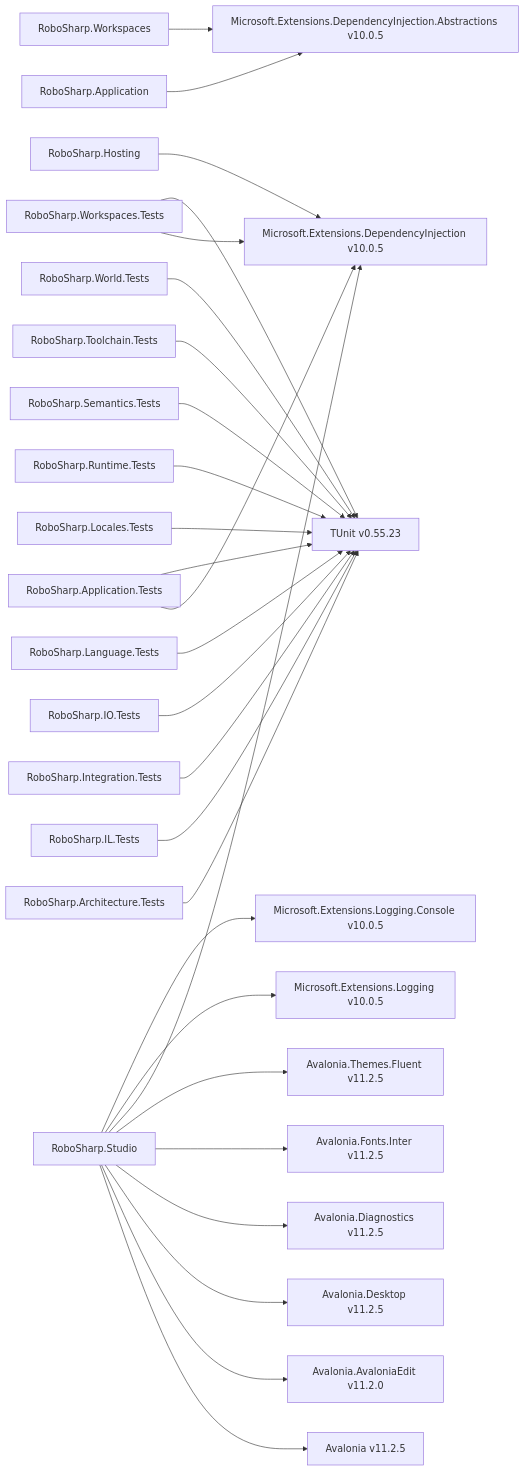
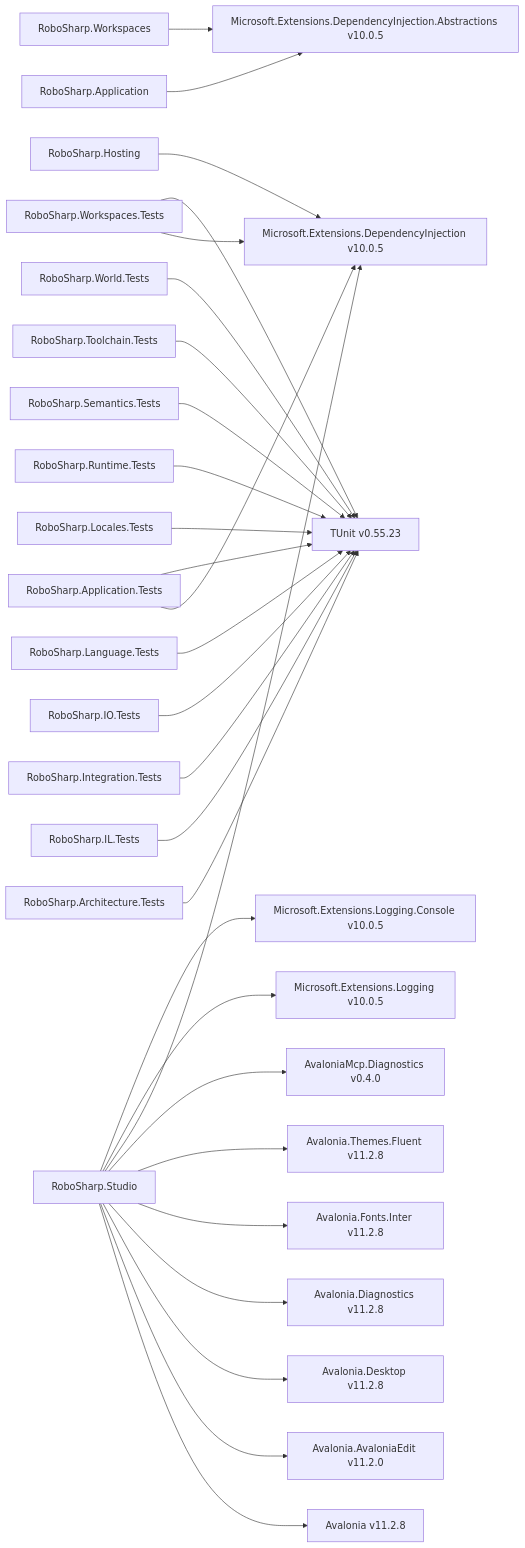
One commit to frankhaugen/RoboSharp changed the diagram in docs/diagrams/nuget-references.md. Above: the diagram before and after it, drawn with Mermaid. The commit also changed 4 other files, not shown here.

First line of the commit message:
Update Avalonia packages and add AvaloniaMcp.Diagnostics support

````diff
--- a/docs/diagrams/nuget-references.md
+++ b/docs/diagrams/nuget-references.md
@@ -7,29 +7,30 @@
 ```mermaid
 flowchart LR
   RoboSharp_Application["RoboSharp.Application"] --> pkg_Microsoft_Extensions_DependencyInjection_Abstractions["Microsoft.Extensions.DependencyInjection.Abstractions v10.0.5"]
   RoboSharp_Application_Tests["RoboSharp.Application.Tests"] --> pkg_Microsoft_Extensions_DependencyInjection["Microsoft.Extensions.DependencyInjection v10.0.5"]
   RoboSharp_Application_Tests["RoboSharp.Application.Tests"] --> pkg_TUnit["TUnit v0.55.23"]
   RoboSharp_Architecture_Tests["RoboSharp.Architecture.Tests"] --> pkg_TUnit["TUnit v0.55.23"]
   RoboSharp_Hosting["RoboSharp.Hosting"] --> pkg_Microsoft_Extensions_DependencyInjection["Microsoft.Extensions.DependencyInjection v10.0.5"]
   RoboSharp_IL_Tests["RoboSharp.IL.Tests"] --> pkg_TUnit["TUnit v0.55.23"]
   RoboSharp_Integration_Tests["RoboSharp.Integration.Tests"] --> pkg_TUnit["TUnit v0.55.23"]
   RoboSharp_IO_Tests["RoboSharp.IO.Tests"] --> pkg_TUnit["TUnit v0.55.23"]
   RoboSharp_Language_Tests["RoboSharp.Language.Tests"] --> pkg_TUnit["TUnit v0.55.23"]
   RoboSharp_Locales_Tests["RoboSharp.Locales.Tests"] --> pkg_TUnit["TUnit v0.55.23"]
   RoboSharp_Runtime_Tests["RoboSharp.Runtime.Tests"] --> pkg_TUnit["TUnit v0.55.23"]
   RoboSharp_Semantics_Tests["RoboSharp.Semantics.Tests"] --> pkg_TUnit["TUnit v0.55.23"]
-  RoboSharp_Studio["RoboSharp.Studio"] --> pkg_Avalonia["Avalonia v11.2.5"]
+  RoboSharp_Studio["RoboSharp.Studio"] --> pkg_Avalonia["Avalonia v11.2.8"]
   RoboSharp_Studio["RoboSharp.Studio"] --> pkg_Avalonia_AvaloniaEdit["Avalonia.AvaloniaEdit v11.2.0"]
-  RoboSharp_Studio["RoboSharp.Studio"] --> pkg_Avalonia_Desktop["Avalonia.Desktop v11.2.5"]
-  RoboSharp_Studio["RoboSharp.Studio"] --> pkg_Avalonia_Diagnostics["Avalonia.Diagnostics v11.2.5"]
-  RoboSharp_Studio["RoboSharp.Studio"] --> pkg_Avalonia_Fonts_Inter["Avalonia.Fonts.Inter v11.2.5"]
-  RoboSharp_Studio["RoboSharp.Studio"] --> pkg_Avalonia_Themes_Fluent["Avalonia.Themes.Fluent v11.2.5"]
+  RoboSharp_Studio["RoboSharp.Studio"] --> pkg_Avalonia_Desktop["Avalonia.Desktop v11.2.8"]
+  RoboSharp_Studio["RoboSharp.Studio"] --> pkg_Avalonia_Diagnostics["Avalonia.Diagnostics v11.2.8"]
+  RoboSharp_Studio["RoboSharp.Studio"] --> pkg_Avalonia_Fonts_Inter["Avalonia.Fonts.Inter v11.2.8"]
+  RoboSharp_Studio["RoboSharp.Studio"] --> pkg_Avalonia_Themes_Fluent["Avalonia.Themes.Fluent v11.2.8"]
+  RoboSharp_Studio["RoboSharp.Studio"] --> pkg_AvaloniaMcp_Diagnostics["AvaloniaMcp.Diagnostics v0.4.0"]
   RoboSharp_Studio["RoboSharp.Studio"] --> pkg_Microsoft_Extensions_DependencyInjection["Microsoft.Extensions.DependencyInjection v10.0.5"]
   RoboSharp_Studio["RoboSharp.Studio"] --> pkg_Microsoft_Extensions_Logging["Microsoft.Extensions.Logging v10.0.5"]
   RoboSharp_Studio["RoboSharp.Studio"] --> pkg_Microsoft_Extensions_Logging_Console["Microsoft.Extensions.Logging.Console v10.0.5"]
   RoboSharp_Toolchain_Tests["RoboSharp.Toolchain.Tests"] --> pkg_TUnit["TUnit v0.55.23"]
   RoboSharp_Workspaces["RoboSharp.Workspaces"] --> pkg_Microsoft_Extensions_DependencyInjection_Abstractions["Microsoft.Extensions.DependencyInjection.Abstractions v10.0.5"]
   RoboSharp_Workspaces_Tests["RoboSharp.Workspaces.Tests"] --> pkg_Microsoft_Extensions_DependencyInjection["Microsoft.Extensions.DependencyInjection v10.0.5"]
   RoboSharp_Workspaces_Tests["RoboSharp.Workspaces.Tests"] --> pkg_TUnit["TUnit v0.55.23"]
   RoboSharp_World_Tests["RoboSharp.World.Tests"] --> pkg_TUnit["TUnit v0.55.23"]
 ```
````
